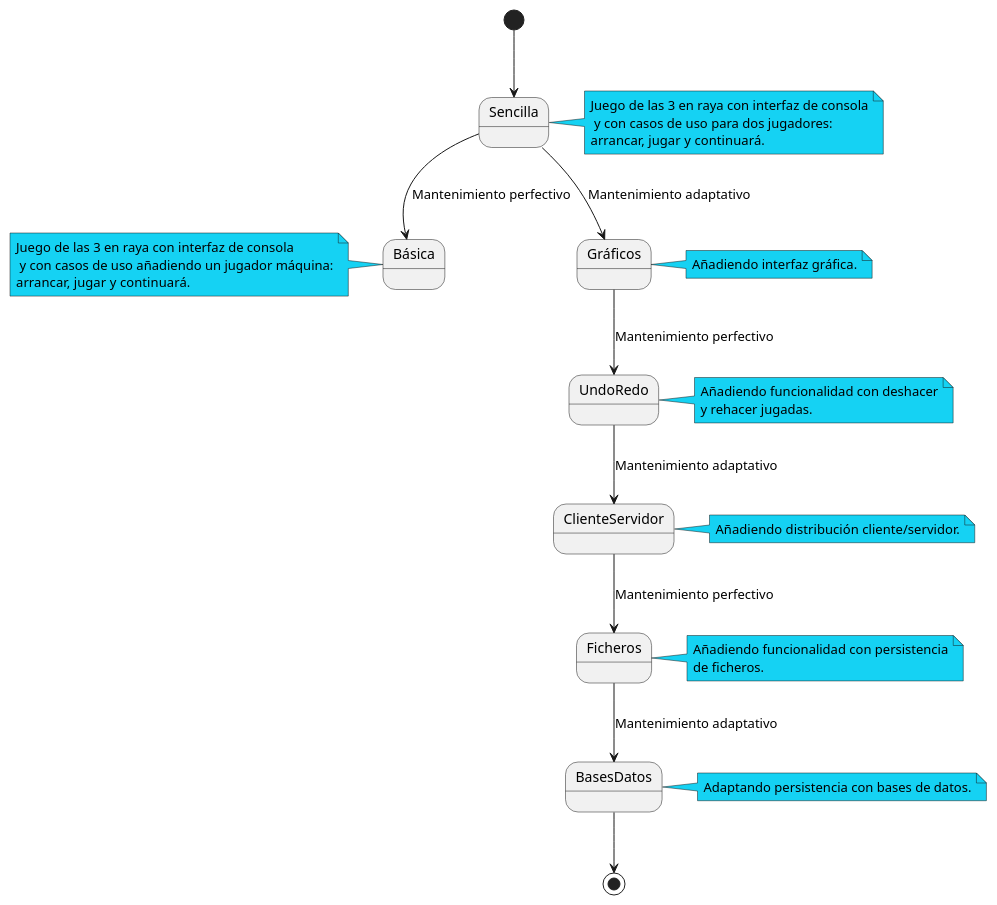
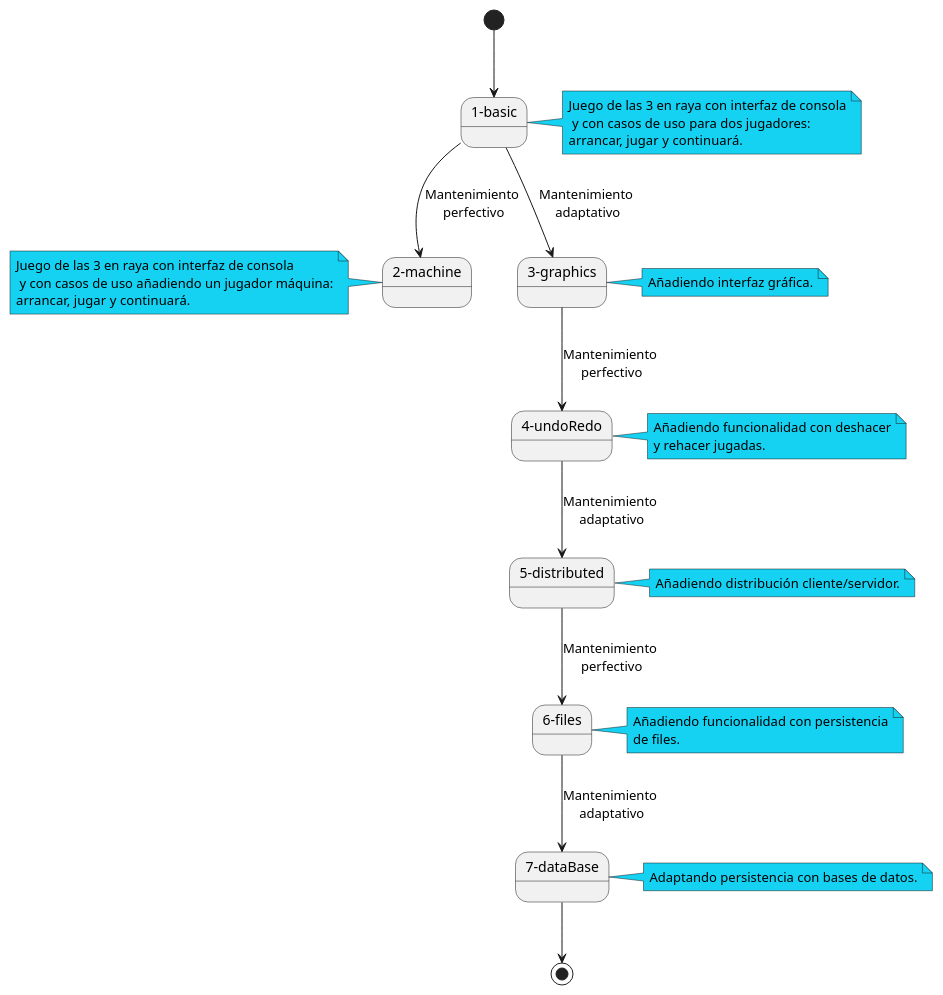
One commit to USantaTecla-0-general/0-domains changed the diagram in games/ticTacToe/4-programming/versions.plantuml. Above: the diagram before and after it, drawn with PlantUML. The commit also changed 38 other files, not shown here.

```diff
--- a/games/ticTacToe/4-programming/versions.plantuml
+++ b/games/ticTacToe/4-programming/versions.plantuml
@@ -1,54 +1,55 @@
 @startuml versions
 
-state Básica
-state Gráficos
-state UndoRedo
-state ClienteServidor
-State Ficheros
-State BasesDatos
+state "1-basic" as basic
+state "2-machine" as machine 
+state "3-graphics" as graphics 
+state "4-undoRedo" as undoRedo 
+state "5-distributed" as distributed
+State "6-files" as files
+State "7-dataBase" as dataBase
 
-[*] --> Sencilla
-Sencilla --> Básica :Mantenimiento perfectivo
-Sencilla --> Gráficos:Mantenimiento adaptativo
-Gráficos --> UndoRedo:Mantenimiento perfectivo
-UndoRedo --> ClienteServidor:Mantenimiento adaptativo
-ClienteServidor --> Ficheros:Mantenimiento perfectivo
-Ficheros --> BasesDatos:Mantenimiento adaptativo
-BasesDatos --> [*]
+[*] --> basic
+basic --> machine :Mantenimiento\n perfectivo
+basic --> graphics:Mantenimiento\n adaptativo
+graphics --> undoRedo:Mantenimiento\n perfectivo
+undoRedo --> distributed:Mantenimiento\n adaptativo
+distributed --> files:Mantenimiento\n perfectivo
+files --> dataBase:Mantenimiento\n adaptativo
+dataBase --> [*]
 
-note right of Sencilla #15D2F3
+note right of basic #15D2F3
   Juego de las 3 en raya con interfaz de consola
    y con casos de uso para dos jugadores:
   arrancar, jugar y continuará.
 end note
 
-note left of Básica #15D2F3
+note left of machine #15D2F3
   Juego de las 3 en raya con interfaz de consola
    y con casos de uso añadiendo un jugador máquina:
   arrancar, jugar y continuará.
 end note
 
-note right of Gráficos #15D2F3
+note right of graphics #15D2F3
   Añadiendo interfaz gráfica.
 end note
 
-note right of UndoRedo #15D2F3
+note right of undoRedo #15D2F3
   Añadiendo funcionalidad con deshacer
   y rehacer jugadas.
 end note
 
-note right of ClienteServidor #15D2F3
+note right of distributed #15D2F3
   Añadiendo distribución cliente/servidor.
 end note
 
-note right of Ficheros #15D2F3
+note right of files #15D2F3
   Añadiendo funcionalidad con persistencia
-  de ficheros.
+  de files.
 end note
 
-note right of BasesDatos #15D2F3
+note right of dataBase #15D2F3
   Adaptando persistencia con bases de datos.
 end note
 
 
 @enduml
```
